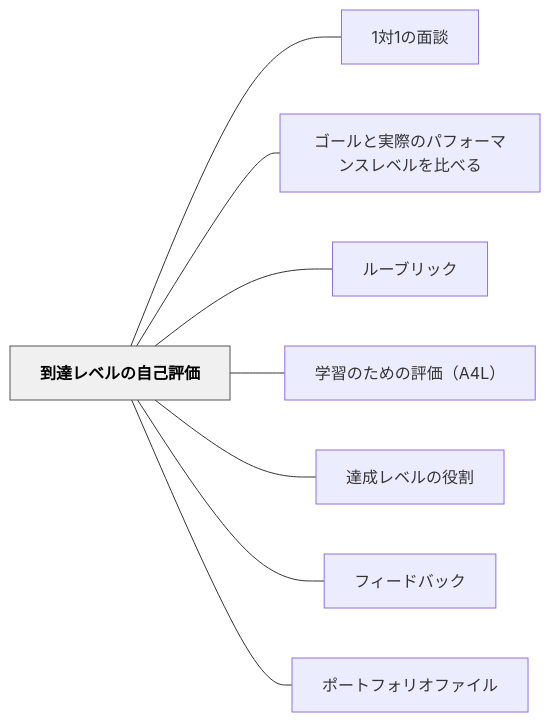
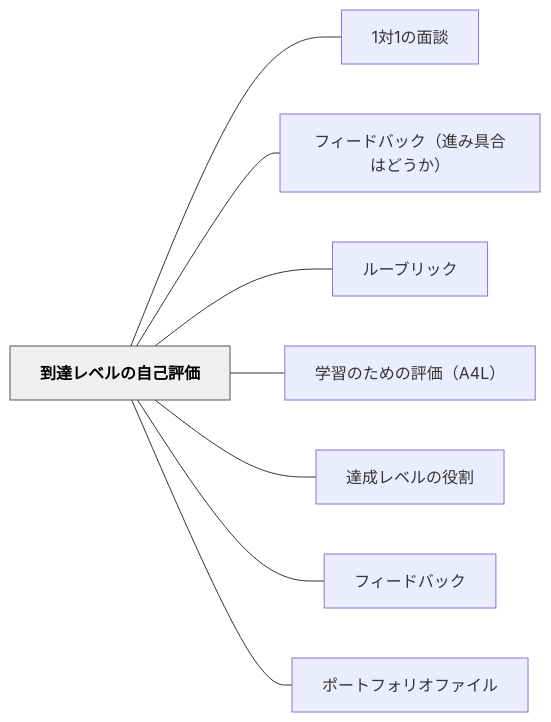
One commit to unknownthings-ed-patterns/unknownthings-ed-patterns changed the diagram in content/パタン/到達レベルの自己評価.md. Above: the diagram before and after it, drawn with Mermaid. The commit also changed other lines of this file and 5 other files, not shown here.

````diff
--- a/content/パタン/到達レベルの自己評価.md
+++ b/content/パタン/到達レベルの自己評価.md
@@ -62,22 +62,22 @@
 ```mermaid
 flowchart LR
     ne588b0e98194e383ace38399e383abe381aee887aae5b7b1e8a995e4bea1["到達レベルの自己評価"]
     n31e5afbe31e381aee99da2e8ab87["1対1の面談"]
-    ne382b4e383bce383abe381a8e5ae9fe99a9be381aee38391e38395e382a9e383bce3839ee383b3e382b9e383ace38399e383abe38292e6af94e381b9e3828b["ゴールと実際のパフォーマンスレベルを比べる"]
+    ne38395e382a3e383bce38389e38390e38383e382afefbc88e980b2e381bfe585b7e59088e381afe381a9e38186e3818befbc89["フィードバック（進み具合はどうか）"]
     ne383abe383bce38396e383aae38383e382af["ルーブリック"]
     ne5ada6e7bf92e381aee3819fe38281e381aee8a995e4bea1efbc8841344cefbc89["学習のための評価（A4L）"]
     ne98194e68890e383ace38399e383abe381aee5bdb9e589b2["達成レベルの役割"]
     ne38395e382a3e383bce38389e38390e38383e382af["フィードバック"]
     ne3839de383bce38388e38395e382a9e383aae382aae38395e382a1e382a4e383ab["ポートフォリオファイル"]
 
     ne588b0e98194e383ace38399e383abe381aee887aae5b7b1e8a995e4bea1 --- n31e5afbe31e381aee99da2e8ab87
-    ne588b0e98194e383ace38399e383abe381aee887aae5b7b1e8a995e4bea1 --- ne382b4e383bce383abe381a8e5ae9fe99a9be381aee38391e38395e382a9e383bce3839ee383b3e382b9e383ace38399e383abe38292e6af94e381b9e3828b
+    ne588b0e98194e383ace38399e383abe381aee887aae5b7b1e8a995e4bea1 --- ne38395e382a3e383bce38389e38390e38383e382afefbc88e980b2e381bfe585b7e59088e381afe381a9e38186e3818befbc89
     ne588b0e98194e383ace38399e383abe381aee887aae5b7b1e8a995e4bea1 --- ne383abe383bce38396e383aae38383e382af
     ne588b0e98194e383ace38399e383abe381aee887aae5b7b1e8a995e4bea1 --- ne5ada6e7bf92e381aee3819fe38281e381aee8a995e4bea1efbc8841344cefbc89
     ne588b0e98194e383ace38399e383abe381aee887aae5b7b1e8a995e4bea1 --- ne98194e68890e383ace38399e383abe381aee5bdb9e589b2
     ne588b0e98194e383ace38399e383abe381aee887aae5b7b1e8a995e4bea1 --- ne38395e382a3e383bce38389e38390e38383e382af
     ne588b0e98194e383ace38399e383abe381aee887aae5b7b1e8a995e4bea1 --- ne3839de383bce38388e38395e382a9e383aae382aae38395e382a1e382a4e383ab
 
     classDef hub fill:#f0f0f0,stroke:#555,color:#000,font-weight:bold
     class ne588b0e98194e383ace38399e383abe381aee887aae5b7b1e8a995e4bea1 hub
 ```
````
